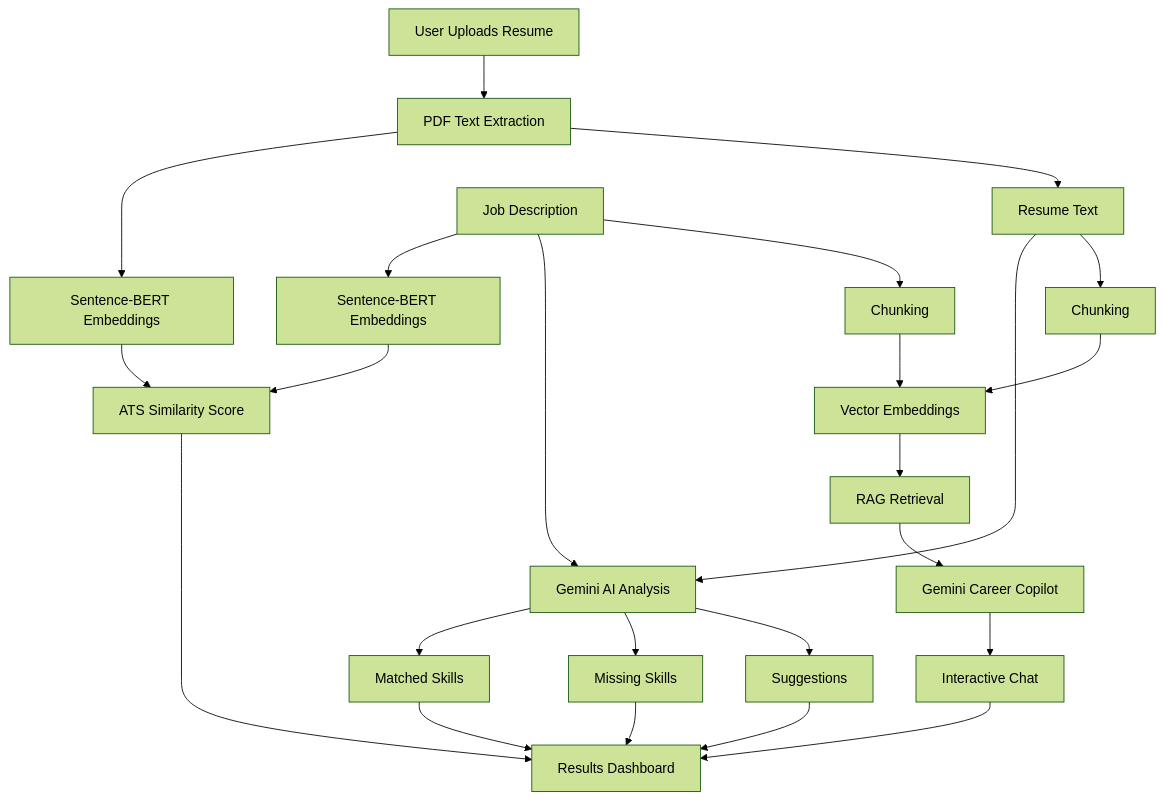
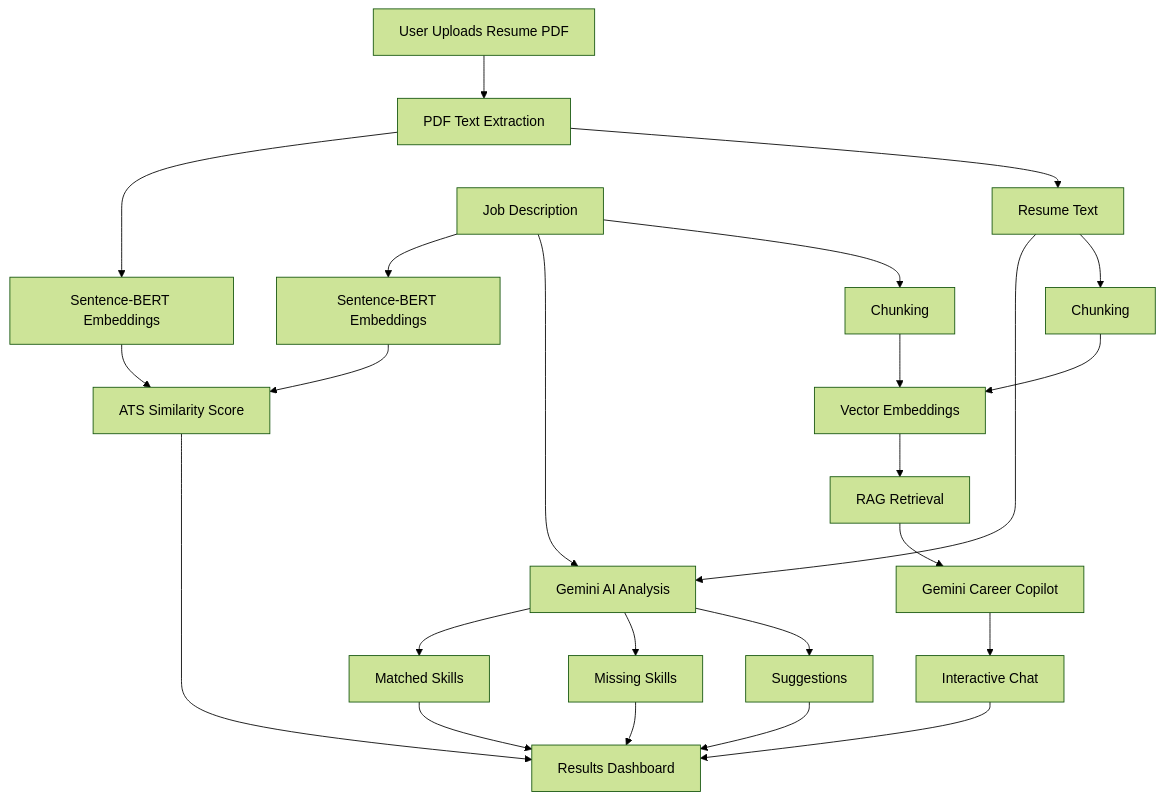
Before and after one commit to Sivaram1024/ATS_score: the diagram in README.md, drawn with Mermaid (forest theme). The commit also changed other lines of this file and 11 other files, not shown here.

Commit message:
feat: initialize ATS Score platform with Gemini 3.6 Flash, Sentence-BERT, and live GitHub Pages demo

````diff
--- a/README.md
+++ b/README.md
@@ -80,49 +89,26 @@
 ```mermaid
 flowchart TD
-
-A[User Uploads Resume] --> B[PDF Text Extraction]
-
-B --> C[Sentence-BERT Embeddings]
-
-C --> D[ATS Similarity Score]
-
-B --> E[Resume Text]
-
-F[Job Description] --> G[Sentence-BERT Embeddings]
-
-G --> D
-
-E --> H[Gemini AI Analysis]
-
-F --> H
-
-H --> I[Matched Skills]
-
-H --> J[Missing Skills]
-
-H --> K[Suggestions]
-
-E --> L[Chunking]
-
-F --> M[Chunking]
-
-L --> N[Vector Embeddings]
-
-M --> N
-
-N --> O[RAG Retrieval]
-
-O --> P[Gemini Career Copilot]
-
-P --> Q[Interactive Chat]
-
-D --> R[Results Dashboard]
-
-I --> R
-
-J --> R
-
-K --> R
-
-Q --> R
+  A[User Uploads Resume PDF] --> B[PDF Text Extraction]
+  B --> C[Sentence-BERT Embeddings]
+  C --> D[ATS Similarity Score]
+  B --> E[Resume Text]
+  F[Job Description] --> G[Sentence-BERT Embeddings]
+  G --> D
+  E --> H[Gemini AI Analysis]
+  F --> H
+  H --> I[Matched Skills]
+  H --> J[Missing Skills]
+  H --> K[Suggestions]
+  E --> L[Chunking]
+  F --> M[Chunking]
+  L --> N[Vector Embeddings]
+  M --> N
+  N --> O[RAG Retrieval]
+  O --> P[Gemini Career Copilot]
+  P --> Q[Interactive Chat]
+  D --> R[Results Dashboard]
+  I --> R
+  J --> R
+  K --> R
+  Q --> R
 ```
````
